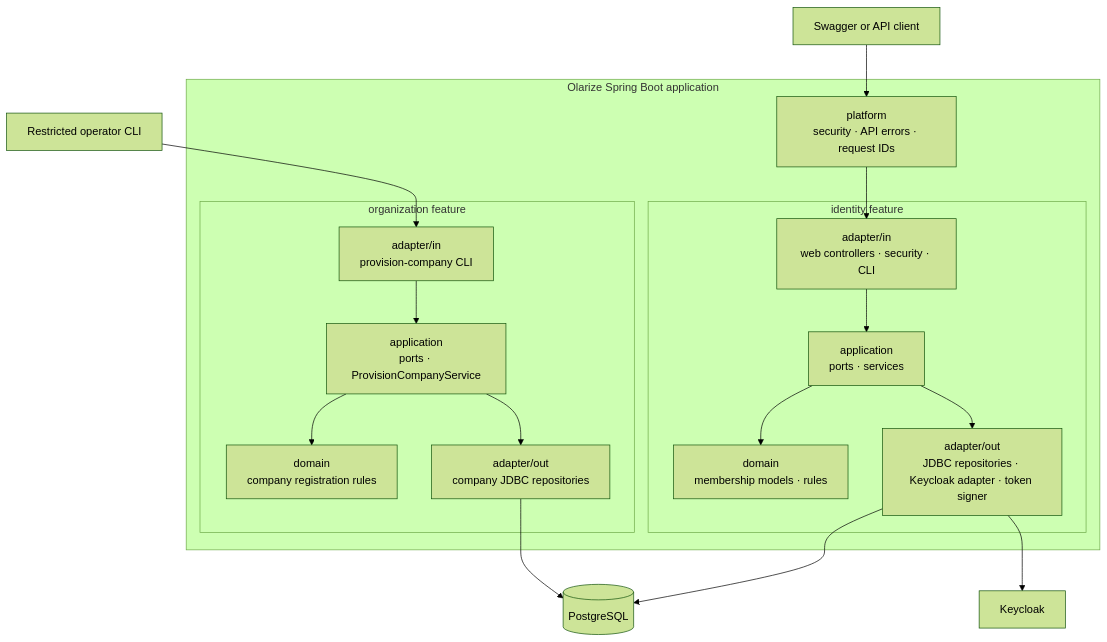
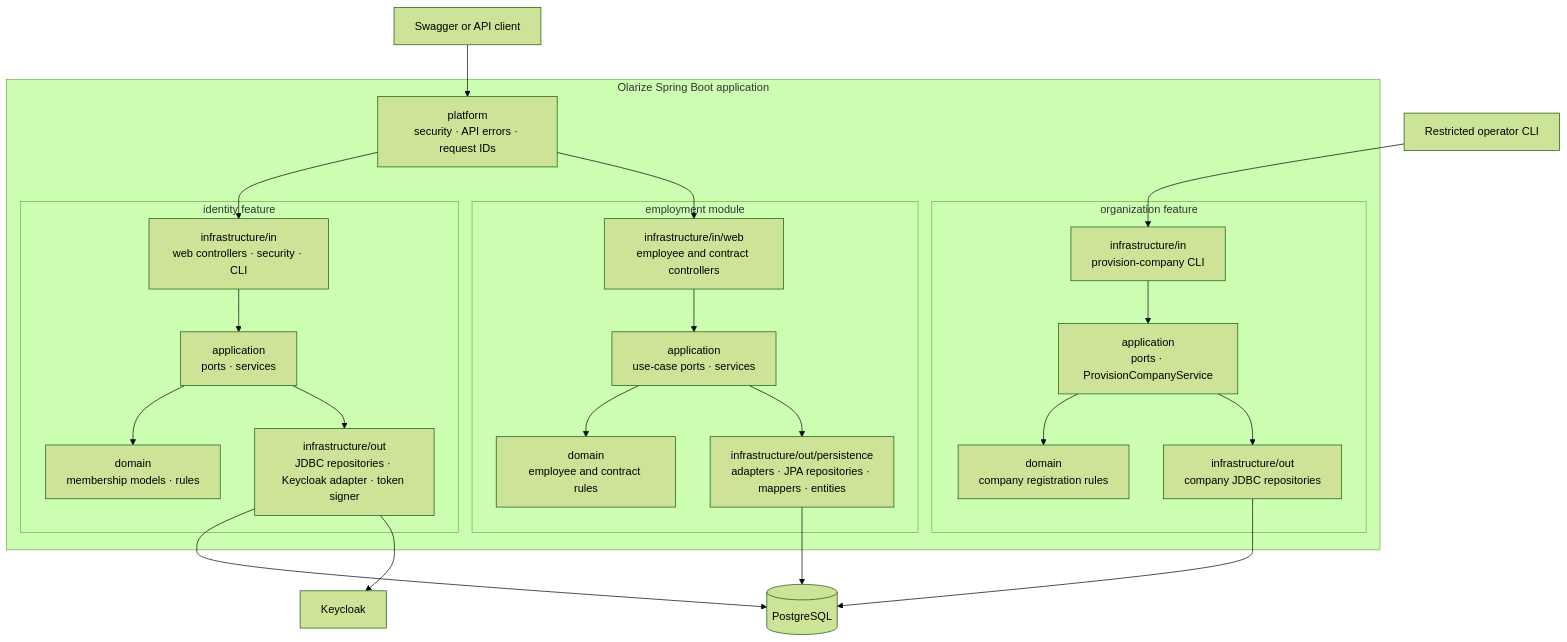
Before and after one commit to Abderrafii-GOUTAIB/Olarize: the first of 2 diagrams in docs/hexagonal-architecture-draft.md, drawn with Mermaid (forest theme). The commit also changed other lines of this file and 165 other files, not shown here.

````diff
--- a/docs/hexagonal-architecture-draft.md
+++ b/docs/hexagonal-architecture-draft.md
@@ -7,37 +7,48 @@
 ```mermaid
 flowchart TB
     Caller[Swagger or API client]
     Operator[Restricted operator CLI]
     Database[(PostgreSQL)]
     Keycloak[Keycloak]
 
     subgraph App[Olarize Spring Boot application]
         Platform[platform<br/>security · API errors · request IDs]
 
         subgraph Identity[identity feature]
-            IdentityIn[adapter/in<br/>web controllers · security · CLI]
+            IdentityIn[infrastructure/in<br/>web controllers · security · CLI]
             IdentityApp[application<br/>ports · services]
             IdentityDomain[domain<br/>membership models · rules]
-            IdentityOut[adapter/out<br/>JDBC repositories · Keycloak adapter · token signer]
+            IdentityOut[infrastructure/out<br/>JDBC repositories · Keycloak adapter · token signer]
             IdentityIn --> IdentityApp
             IdentityApp --> IdentityDomain
             IdentityApp --> IdentityOut
         end
 
         subgraph Organization[organization feature]
-            OrganizationIn[adapter/in<br/>provision-company CLI]
+            OrganizationIn[infrastructure/in<br/>provision-company CLI]
             OrganizationApp[application<br/>ports · ProvisionCompanyService]
             OrganizationDomain[domain<br/>company registration rules]
-            OrganizationOut[adapter/out<br/>company JDBC repositories]
+            OrganizationOut[infrastructure/out<br/>company JDBC repositories]
             OrganizationIn --> OrganizationApp
             OrganizationApp --> OrganizationDomain
             OrganizationApp --> OrganizationOut
         end
+        subgraph Employment[employment module]
+            EmploymentIn[infrastructure/in/web<br/>employee and contract controllers]
+            EmploymentApp[application<br/>use-case ports · services]
+            EmploymentDomain[domain<br/>employee and contract rules]
+            EmploymentOut[infrastructure/out/persistence<br/>adapters · JPA repositories · mappers · entities]
+            EmploymentIn --> EmploymentApp
+            EmploymentApp --> EmploymentDomain
+            EmploymentApp --> EmploymentOut
+        end
     end
 
     Caller --> Platform --> IdentityIn
+    Platform --> EmploymentIn
+    EmploymentOut --> Database
     Operator --> OrganizationIn
     IdentityOut --> Database
     IdentityOut --> Keycloak
     OrganizationOut --> Database
 ```
````
